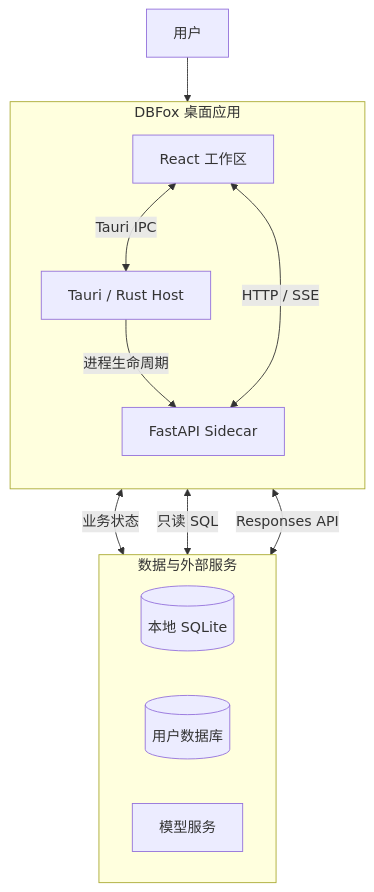
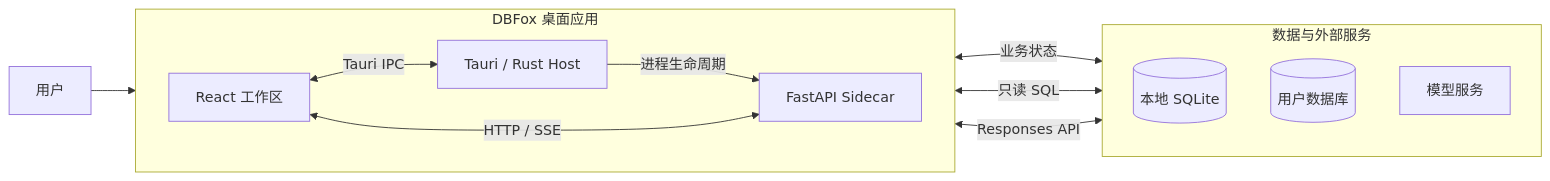
Before and after one commit to trrueee/DBFox: the diagram in README.md, drawn with Mermaid. The commit also changed 1 other file, not shown here.

Commit message:
docs: fit architecture diagram to readme

````diff
--- a/README.md
+++ b/README.md
@@ -62,27 +62,27 @@
 ```mermaid
-flowchart TB
+flowchart LR
     USER["用户"]
 
     subgraph DESKTOP["DBFox 桌面应用"]
-        direction TB
+        direction LR
         UI["React 工作区"]
         HOST["Tauri / Rust Host"]
         ENGINE["FastAPI Sidecar"]
 
         UI <-->|"Tauri IPC"| HOST
         HOST -->|"进程生命周期"| ENGINE
         UI <-->|"HTTP / SSE"| ENGINE
     end
 
     subgraph SERVICES["数据与外部服务"]
-        direction LR
+        direction TB
         META[("本地 SQLite")]
         DATA[("用户数据库")]
         MODEL["模型服务"]
     end
 
     USER --> UI
     ENGINE <-->|"业务状态"| META
     ENGINE <-->|"只读 SQL"| DATA
     ENGINE <-->|"Responses API"| MODEL
 ```
````
